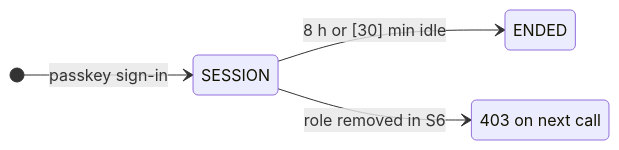
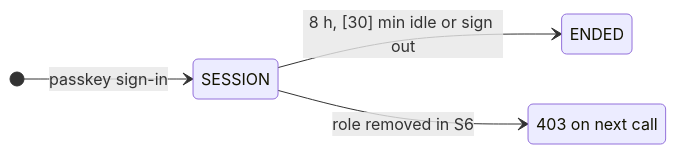
One commit to paytinno/merchant-portal-workflows changed the second of 2 diagrams in docs/workflows/MP-02-sign-in-switch-business-and-check-rights.md. Above: the diagram before and after it, drawn with Mermaid. The commit also changed other lines of this file and 47 other files, not shown here.

First line of the commit message:
Rewrite against CTO architecture v8.7 (spec v0.2)

````diff
--- a/docs/workflows/MP-02-sign-in-switch-business-and-check-rights.md
+++ b/docs/workflows/MP-02-sign-in-switch-business-and-check-rights.md
@@ -65,10 +67,10 @@
 ```mermaid
 stateDiagram-v2
   direction LR
   state "SESSION" as s_SESSION
   state "ENDED" as s_ENDED
   state "403 on next call" as s_403_on_next_call
   [*] --> s_SESSION : passkey sign-in
-  s_SESSION --> s_ENDED : 8 h or [30] min idle
+  s_SESSION --> s_ENDED : 8 h, [30] min idle or sign out
   s_SESSION --> s_403_on_next_call : role removed in S6
 ```
````
